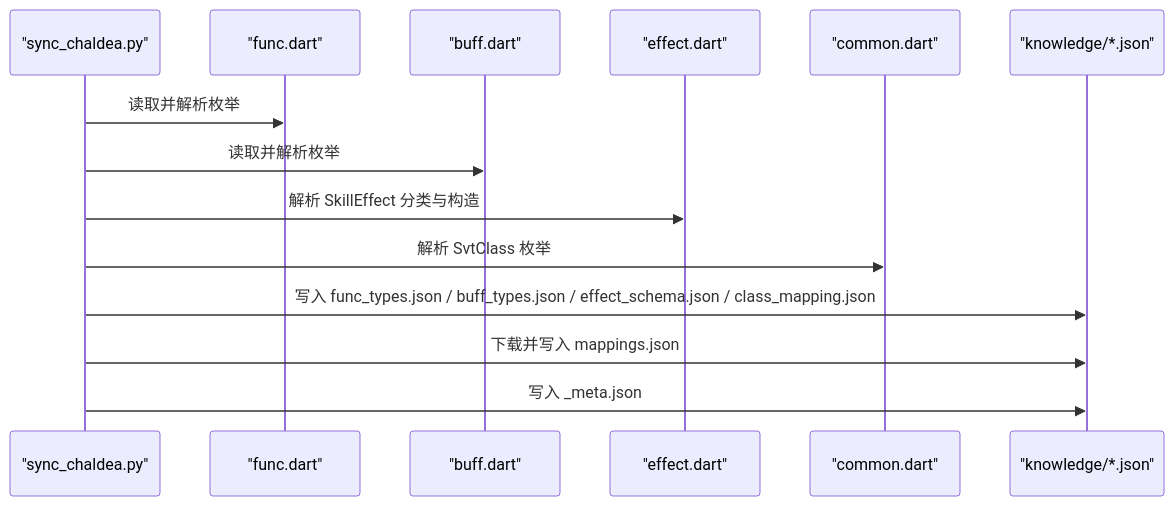
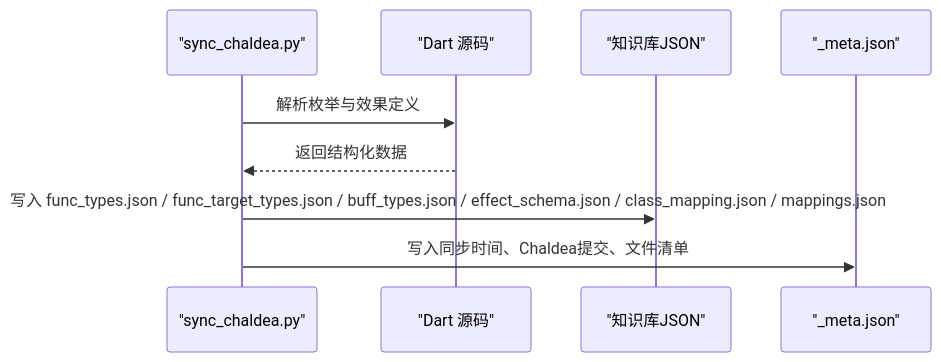
One commit to kanoha222/Laplace changed the sixth of 8 diagrams in .qoder/repowiki/zh/content/知识库系统/知识库系统.md. Above: the diagram before and after it, drawn with Mermaid. The commit also changed other lines of this file and 54 other files, not shown here.

````diff
--- a/.qoder/repowiki/zh/content/知识库系统/知识库系统.md
+++ b/.qoder/repowiki/zh/content/知识库系统/知识库系统.md
@@ -295,16 +293,11 @@
 ```mermaid
 sequenceDiagram
-participant SC as "sync_chaldea.py"
-participant FS as "func.dart"
-participant BS as "buff.dart"
-participant ES as "effect.dart"
-participant CM as "common.dart"
-participant OUT as "knowledge/*.json"
-SC->>FS : 读取并解析枚举
-SC->>BS : 读取并解析枚举
-SC->>ES : 解析 SkillEffect 分类与构造
-SC->>CM : 解析 SvtClass 枚举
-SC->>OUT : 写入 func_types.json / buff_types.json / effect_schema.json / class_mapping.json
-SC->>OUT : 下载并写入 mappings.json
-SC->>OUT : 写入 _meta.json
+participant Script as "sync_chaldea.py"
+participant Dart as "Dart 源码"
+participant JSON as "知识库JSON"
+participant Meta as "_meta.json"
+Script->>Dart : 解析枚举与效果定义
+Dart-->>Script : 返回结构化数据
+Script->>JSON : 写入 func_types.json / func_target_types.json / buff_types.json / effect_schema.json / class_mapping.json / mappings.json
+Script->>Meta : 写入同步时间、Chaldea提交、文件清单
 ```
````
